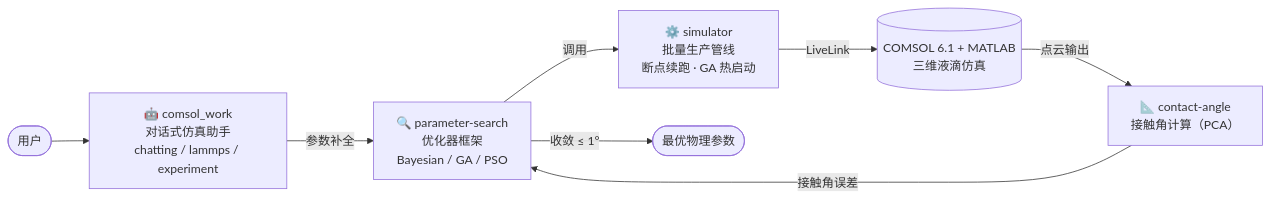
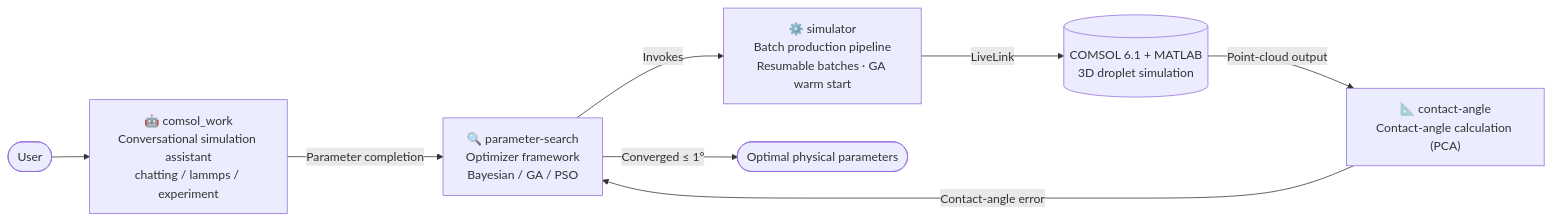
Before and after one commit to miandui-wubo/simulator-open: the diagram in README.md, drawn with Mermaid. The commit also changed other lines of this file and 1 other file, not shown here.

````diff
--- a/README.md
+++ b/README.md
@@ -40,10 +41,10 @@
 ```mermaid
 flowchart LR
-    U([用户]) --> A["🤖 comsol_work<br/>对话式仿真助手<br/>chatting / lammps / experiment"]
-    A -->|参数补全| B["🔍 parameter-search<br/>优化器框架<br/>Bayesian / GA / PSO"]
-    B -->|调用| C["⚙️ simulator<br/>批量生产管线<br/>断点续跑 · GA 热启动"]
-    C -->|LiveLink| S[("COMSOL 6.1 + MATLAB<br/>三维液滴仿真")]
-    S -->|点云输出| D["📐 contact-angle<br/>接触角计算（PCA）"]
-    D -->|接触角误差| B
-    B -->|收敛 ≤ 1°| R([最优物理参数])
+    U([User]) --> A["🤖 comsol_work<br/>Conversational simulation assistant<br/>chatting / lammps / experiment"]
+    A -->|Parameter completion| B["🔍 parameter-search<br/>Optimizer framework<br/>Bayesian / GA / PSO"]
+    B -->|Invokes| C["⚙️ simulator<br/>Batch production pipeline<br/>Resumable batches · GA warm start"]
+    C -->|LiveLink| S[("COMSOL 6.1 + MATLAB<br/>3D droplet simulation")]
+    S -->|Point-cloud output| D["📐 contact-angle<br/>Contact-angle calculation (PCA)"]
+    D -->|Contact-angle error| B
+    B -->|Converged ≤ 1°| R([Optimal physical parameters])
 ```
````
